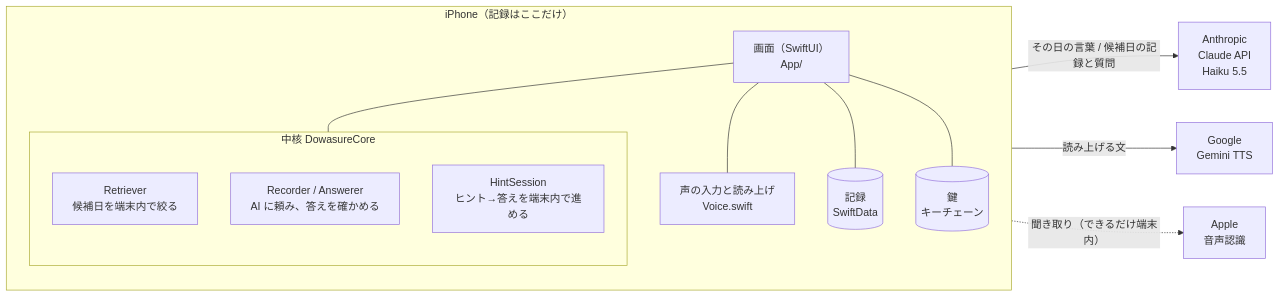
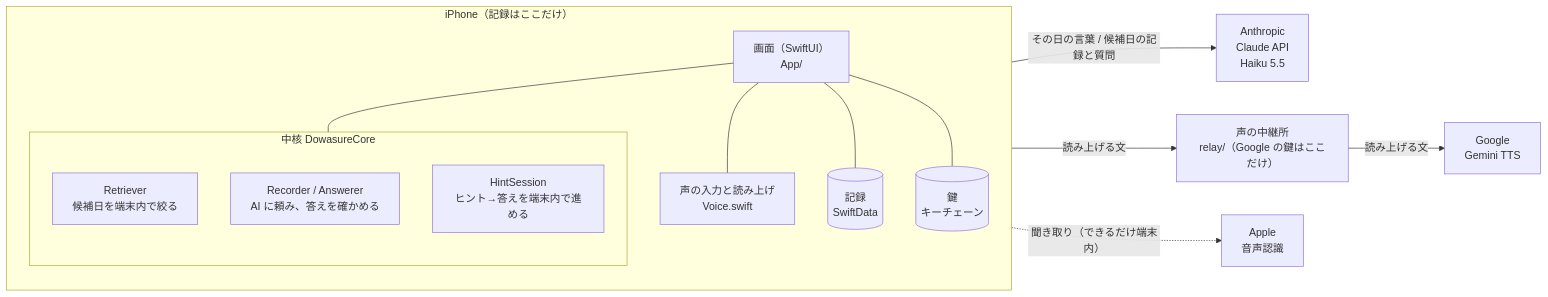
One commit to TadFuji/dowasure-aibou changed the second of 2 diagrams in README.md. Above: the diagram before and after it, drawn with Mermaid. The commit also changed other lines of this file and 11 other files, not shown here.

First line of the commit message:
Voice: speak through the maker's relay so users enter only the Claude key

````diff
--- a/README.md
+++ b/README.md
@@ -110,23 +110,24 @@
 ```mermaid
 flowchart LR
     subgraph iPhone["iPhone（記録はここだけ）"]
         direction TB
         UI["画面（SwiftUI）<br/>App/"]
         Voice["声の入力と読み上げ<br/>Voice.swift"]
         Store[("記録<br/>SwiftData")]
         Key[("鍵<br/>キーチェーン")]
         subgraph Core["中核 DowasureCore"]
             direction TB
             Ret["Retriever<br/>候補日を端末内で絞る"]
             Svc["Recorder / Answerer<br/>AI に頼み、答えを確かめる"]
             Hint["HintSession<br/>ヒント→答えを端末内で進める"]
         end
         UI --- Voice
         UI --- Store
         UI --- Key
         UI --- Core
     end
     Svc -- "その日の言葉 / 候補日の記録と質問" --> Claude["Anthropic<br/>Claude API<br/>Haiku 5.5"]
-    Voice -- "読み上げる文" --> Gemini["Google<br/>Gemini TTS"]
+    Voice -- "読み上げる文" --> Relay["声の中継所<br/>relay/（Google の鍵はここだけ）"]
+    Relay -- "読み上げる文" --> Gemini["Google<br/>Gemini TTS"]
     Voice -. "聞き取り（できるだけ端末内）" .-> Speech["Apple<br/>音声認識"]
 ```
````
